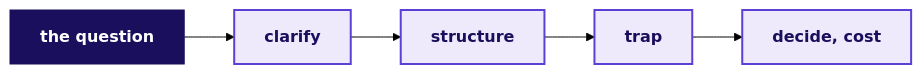
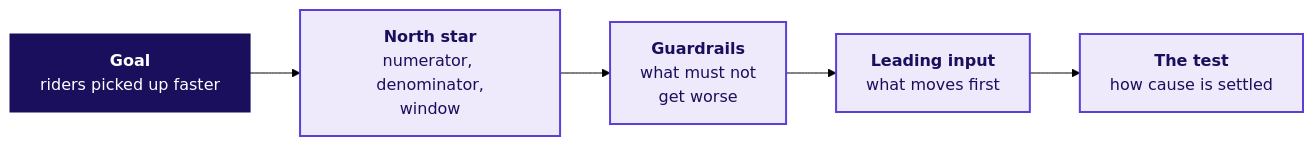
Before and after one commit to fde-academy-lab/c2-content-factory: the second of 3 diagrams in content/W04/D1/slides/C2_W04_D01_half2_STUDENT.md, drawn with Mermaid (forest theme). The commit also changed other lines of this file and 24 other files, not shown here.

````diff
--- a/content/W04/D1/slides/C2_W04_D01_half2_STUDENT.md
+++ b/content/W04/D1/slides/C2_W04_D01_half2_STUDENT.md
@@ -92,8 +150,11 @@
 ```mermaid
 flowchart LR
-    Q["<b>the question</b>"] --> C["<b>clarify</b>"] --> S["<b>structure</b>"] --> T["<b>trap</b>"] --> D["<b>decide, cost</b>"]
+    G["<b>Goal</b><br/>riders picked up faster"] --> N["<b>North star</b><br/>numerator, denominator,<br/>window"]
+    N --> R["<b>Guardrails</b><br/>what must not<br/>get worse"]
+    R --> L["<b>Leading input</b><br/>what moves first"]
+    L --> T["<b>The test</b><br/>how cause is settled"]
+    classDef known fill:#EEEAFB,stroke:#5B3FD6,color:#1A0F5C,stroke-width:2px
     classDef lit fill:#1A0F5C,stroke:#1A0F5C,color:#FFFFFF
-    classDef known fill:#EEEAFB,stroke:#5B3FD6,color:#1A0F5C,stroke-width:2px
-    class Q lit
-    class C,S,T,D known
+    class G lit
+    class N,R,L,T known
 ```
````
